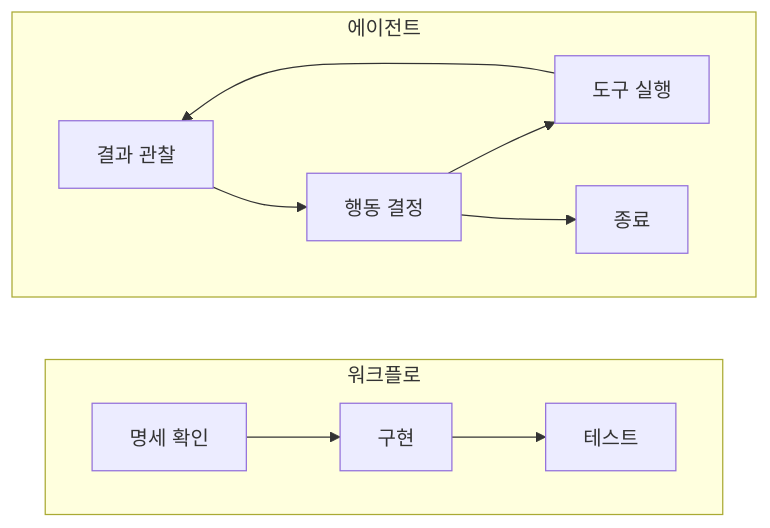
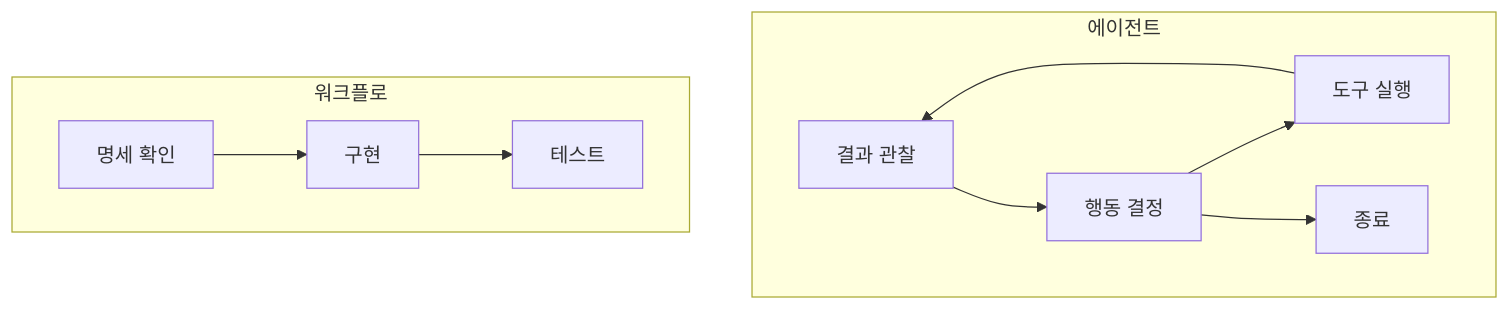
The first of 2 diagrams in courses/ai-native/sessions/s02.md (YoungSan77/TrainingMaterials), drawn with Mermaid before and after one commit. The commit also changed other lines of this file and 52 other files, not shown here.

````diff
--- a/courses/ai-native/sessions/s02.md
+++ b/courses/ai-native/sessions/s02.md
@@ -238,14 +318,15 @@
 ```mermaid
 flowchart LR
   subgraph W[워크플로]
     direction LR
     W1[명세 확인] --> W2[구현] --> W3[테스트]
   end
   subgraph A[에이전트]
     direction LR
     A1[결과 관찰] --> A2[행동 결정]
     A2 --> A3[도구 실행]
     A3 --> A1
     A2 --> A4[종료]
   end
+  W ~~~ A
 ```
````
